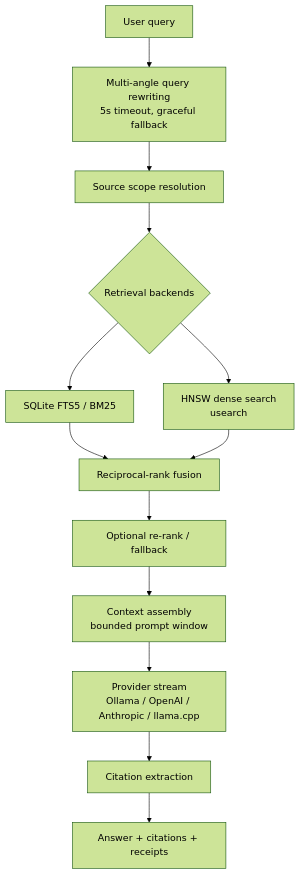
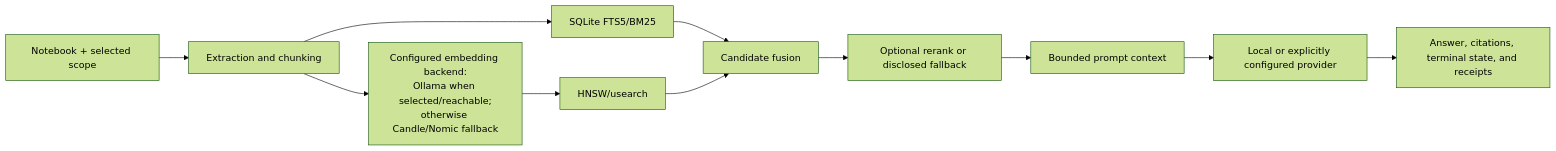
The diagram in README.md (RecursiveIntell/Gloss), drawn with Mermaid (forest theme) before and after one commit. The commit also changed other lines of this file, not shown here.

````diff
--- a/README.md
+++ b/README.md
@@ -39,15 +207,13 @@
 ```mermaid
-flowchart TD
-    A[User query] --> B[Multi-angle query rewriting\n5s timeout, graceful fallback]
-    B --> C[Source scope resolution]
-    C --> D{Retrieval backends}
-    D --> E[SQLite FTS5 / BM25]
-    D --> F[HNSW dense search\nusearch]
-    E --> G[Reciprocal-rank fusion]
-    F --> G
-    G --> H[Optional re-rank / fallback]
-    H --> I[Context assembly\nbounded prompt window]
-    I --> J[Provider stream\nOllama / OpenAI / Anthropic / llama.cpp]
-    J --> K[Citation extraction]
-    K --> L[Answer + citations + receipts]
+flowchart LR
+    A[Notebook + selected scope] --> B[Extraction and chunking]
+    B --> C[SQLite FTS5/BM25]
+    B --> D[Configured embedding backend:\nOllama when selected/reachable;\notherwise Candle/Nomic fallback]
+    D --> E[HNSW/usearch]
+    C --> F[Candidate fusion]
+    E --> F
+    F --> G[Optional rerank or disclosed fallback]
+    G --> H[Bounded prompt context]
+    H --> I[Local or explicitly configured provider]
+    I --> J[Answer, citations, terminal state, and receipts]
 ```
````
